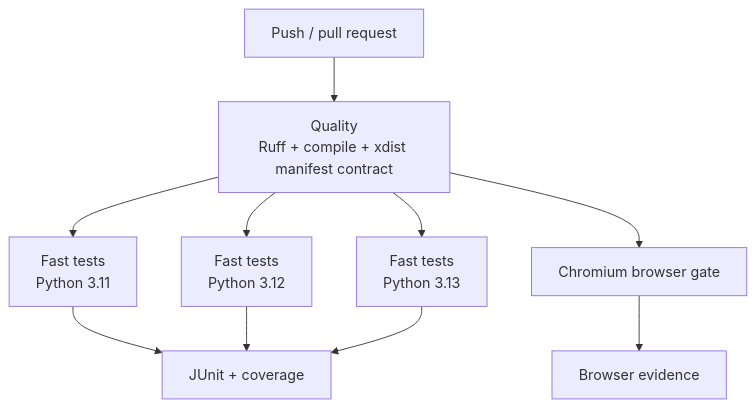
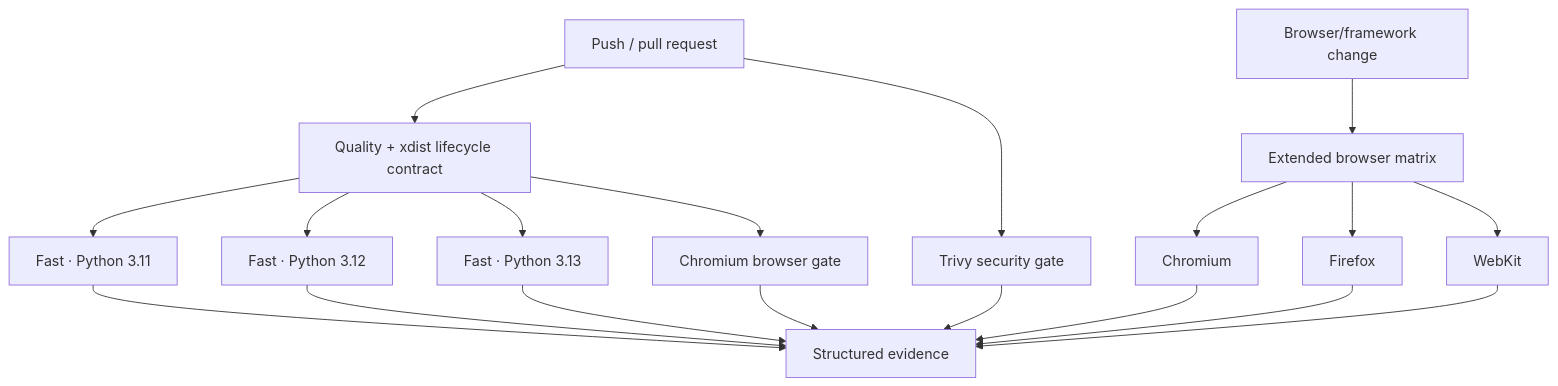
Before and after one commit to portyu9/qa-automation-python-pytest: the third of 3 diagrams in README.md, drawn with Mermaid. The commit also changed other lines of this file, not shown here.

Commit message:
Polish pytest framework operator README

````diff
--- a/README.md
+++ b/README.md
@@ -212,16 +333,23 @@
 ```mermaid
 flowchart TD
-    PR[Push / pull request] --> Q[Quality
-Ruff + compile + xdist manifest contract]
-    Q --> P311[Fast tests
-Python 3.11]
-    Q --> P312[Fast tests
-Python 3.12]
-    Q --> P313[Fast tests
-Python 3.13]
-    Q --> B[Chromium browser gate]
-    P311 --> A[JUnit + coverage]
-    P312 --> A
-    P313 --> A
-    B --> E[Browser evidence]
+    PR[Push / pull request] --> Q[Quality + xdist lifecycle contract]
+    Q --> P311[Fast · Python 3.11]
+    Q --> P312[Fast · Python 3.12]
+    Q --> P313[Fast · Python 3.13]
+    Q --> C[Chromium browser gate]
+
+    PR --> S[Trivy security gate]
+    BCHANGE[Browser/framework change] --> X[Extended browser matrix]
+    X --> X1[Chromium]
+    X --> X2[Firefox]
+    X --> X3[WebKit]
+
+    P311 --> E[Structured evidence]
+    P312 --> E
+    P313 --> E
+    C --> E
+    S --> E
+    X1 --> E
+    X2 --> E
+    X3 --> E
 ```
````
